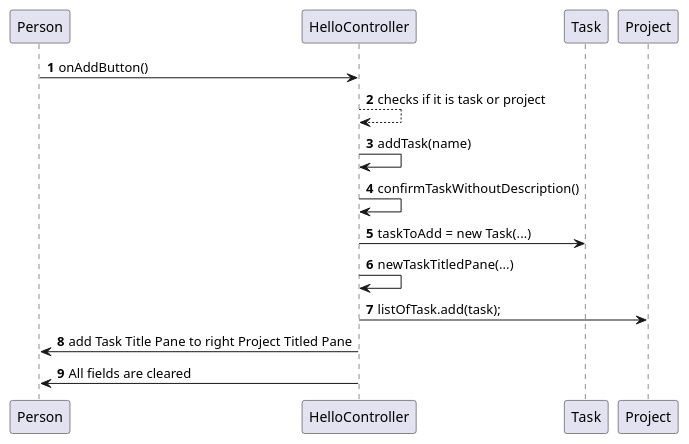
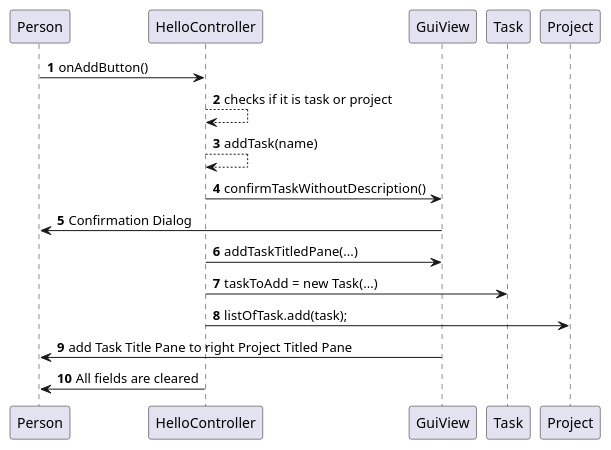
One commit to SoliGabiAnn/Task-manager changed the diagram in Aplikacja_Do_Zarzadzania/src/main/AddingTask.puml. Above: the diagram before and after it, drawn with PlantUML. The commit also changed 2 other files, not shown here.

```diff
--- a/Aplikacja_Do_Zarzadzania/src/main/AddingTask.puml
+++ b/Aplikacja_Do_Zarzadzania/src/main/AddingTask.puml
@@ -1,16 +1,16 @@
 @startuml
 'https://plantuml.com/sequence-diagram
 
 autonumber
 
 Person -> HelloController: onAddButton()
 HelloController --> HelloController: checks if it is task or project
-HelloController -> HelloController: addTask(name)
-HelloController -> HelloController: confirmTaskWithoutDescription()
-
+HelloController --> HelloController: addTask(name)
+HelloController -> GuiView: confirmTaskWithoutDescription()
+GuiView -> Person: Confirmation Dialog
+HelloController -> GuiView: addTaskTitledPane(...)
 Task <- HelloController : taskToAdd = new Task(...)
-HelloController -> HelloController: newTaskTitledPane(...)
 HelloController -> Project: listOfTask.add(task);
-HelloController -> Person: add Task Title Pane to right Project Titled Pane
+GuiView -> Person: add Task Title Pane to right Project Titled Pane
 HelloController -> Person : All fields are cleared
 @enduml
```
